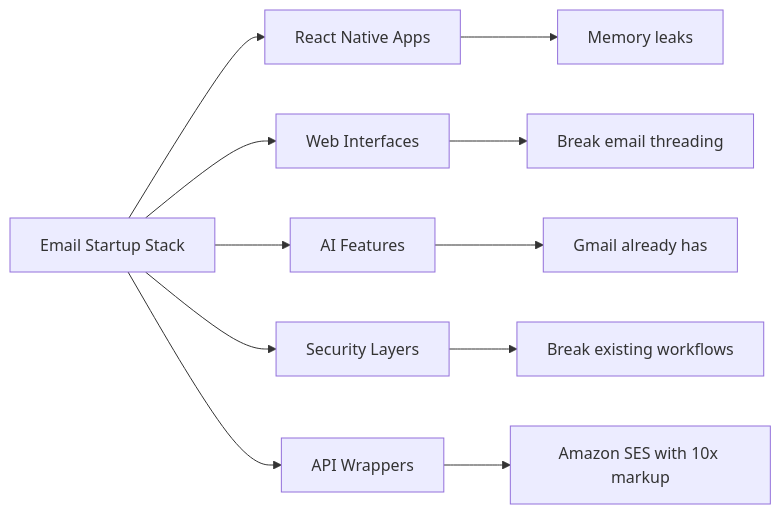
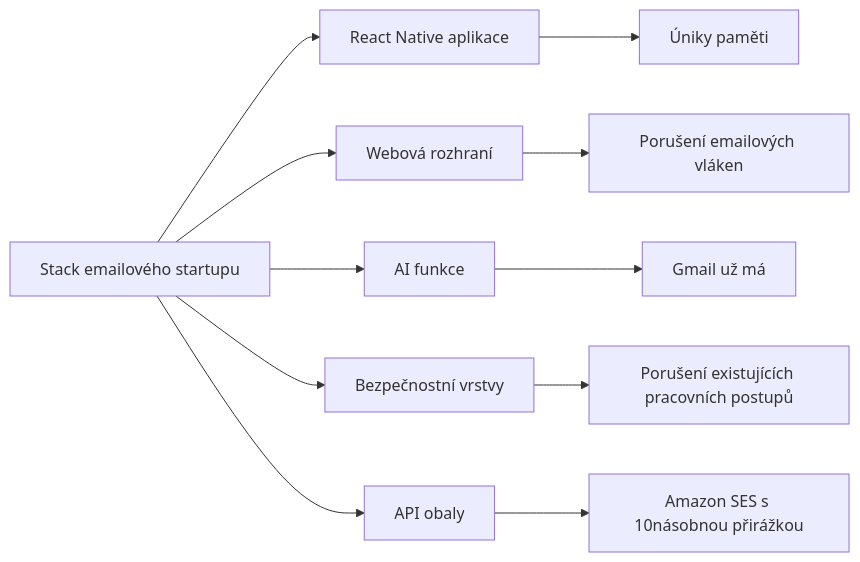
Before and after one commit to forwardemail/forwardemail.net: the second of 10 diagrams in app/views/docs/email-startup-graveyard-why-80-percent-email-companies-fail/index-cs.md, drawn with Mermaid. The commit also changed other lines of this file and 1055 other files, not shown here.

````diff
--- a/app/views/docs/email-startup-graveyard-why-80-percent-email-companies-fail/index-cs.md
+++ b/app/views/docs/email-startup-graveyard-why-80-percent-email-companies-fail/index-cs.md
@@ -144,14 +143,14 @@
 ```mermaid
 graph LR
-    A[Email Startup Stack] --> B[React Native Apps]
-    A --> C[Web Interfaces]
-    A --> D[AI Features]
-    A --> E[Security Layers]
-    A --> F[API Wrappers]
+    A[Stack emailového startupu] --> B[React Native aplikace]
+    A --> C[Webová rozhraní]
+    A --> D[AI funkce]
+    A --> E[Bezpečnostní vrstvy]
+    A --> F[API obaly]
 
-    B --> G[Memory leaks]
-    C --> H[Break email threading]
-    D --> I[Gmail already has]
-    E --> J[Break existing workflows]
-    F --> K[Amazon SES with 10x markup]
+    B --> G[Úniky paměti]
+    C --> H[Porušení emailových vláken]
+    D --> I[Gmail už má]
+    E --> J[Porušení existujících pracovních postupů]
+    F --> K[Amazon SES s 10násobnou přirážkou]
 ```
````
